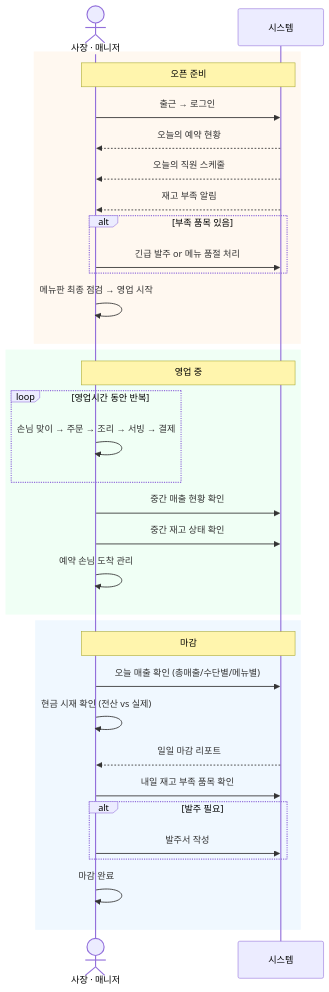
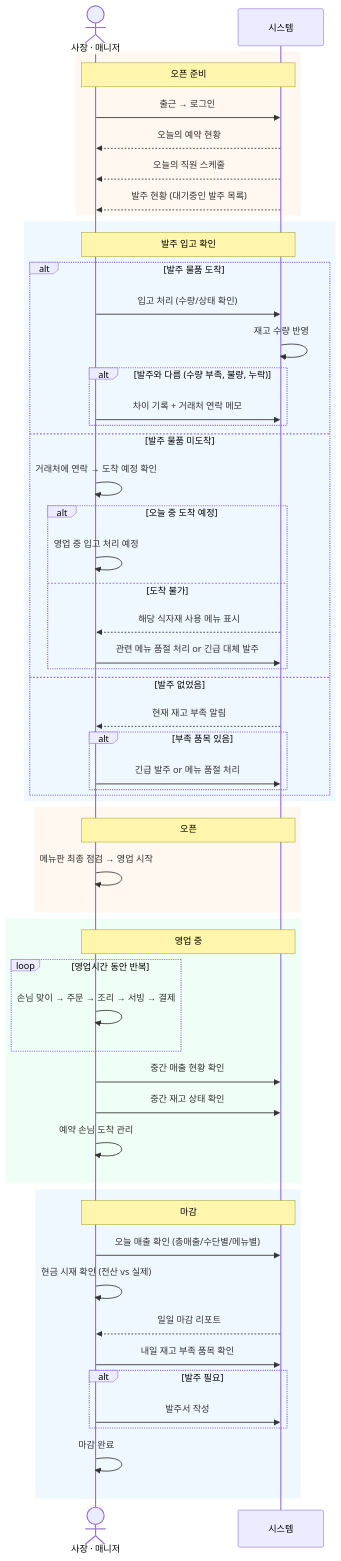
Before and after one commit to JangHyeonHo/ProjectSMS: the tenth of 12 diagrams in docs/08-workflow-diagrams.md, drawn with Mermaid. The commit also changed 1 other file, not shown here.

Commit message:
docs: add purchase order delivery confirmation flow
Add delivery receiving workflow for morning opening: arrival check with
mismatch handling, non-arrival with affected menu display, and no-order
fallback. Updates both inventory feature spec and daily operations diagram.

Claude-Session: https://claude.ai/code/session_01LMF9EHksrqDvV5KWNKKqwK

````diff
--- a/docs/08-workflow-diagrams.md
+++ b/docs/08-workflow-diagrams.md
@@ -417,39 +417,64 @@
 ```mermaid
 sequenceDiagram
     actor 사장 as 사장 · 매니저
     participant 시스템
 
     rect rgb(255, 248, 240)
         Note over 사장, 시스템: 오픈 준비
         사장->>시스템: 출근 → 로그인
         시스템-->>사장: 오늘의 예약 현황
         시스템-->>사장: 오늘의 직원 스케줄
-        시스템-->>사장: 재고 부족 알림
-        alt 부족 품목 있음
-            사장->>시스템: 긴급 발주 or 메뉴 품절 처리
+        시스템-->>사장: 발주 현황 (대기중인 발주 목록)
+    end
+
+    rect rgb(240, 248, 255)
+        Note over 사장, 시스템: 발주 입고 확인
+        alt 발주 물품 도착
+            사장->>시스템: 입고 처리 (수량/상태 확인)
+            시스템->>시스템: 재고 수량 반영
+            alt 발주와 다름 (수량 부족, 불량, 누락)
+                사장->>시스템: 차이 기록 + 거래처 연락 메모
+            end
+        else 발주 물품 미도착
+            사장->>사장: 거래처에 연락 → 도착 예정 확인
+            alt 오늘 중 도착 예정
+                사장->>사장: 영업 중 입고 처리 예정
+            else 도착 불가
+                시스템-->>사장: 해당 식자재 사용 메뉴 표시
+                사장->>시스템: 관련 메뉴 품절 처리 or 긴급 대체 발주
+            end
+        else 발주 없었음
+            시스템-->>사장: 현재 재고 부족 알림
+            alt 부족 품목 있음
+                사장->>시스템: 긴급 발주 or 메뉴 품절 처리
+            end
         end
+    end
+
+    rect rgb(255, 248, 240)
+        Note over 사장, 시스템: 오픈
         사장->>사장: 메뉴판 최종 점검 → 영업 시작
     end
 
     rect rgb(240, 255, 245)
         Note over 사장, 시스템: 영업 중
         loop 영업시간 동안 반복
             사장->>사장: 손님 맞이 → 주문 → 조리 → 서빙 → 결제
         end
         사장->>시스템: 중간 매출 현황 확인
         사장->>시스템: 중간 재고 상태 확인
         사장->>사장: 예약 손님 도착 관리
     end
 
     rect rgb(240, 248, 255)
         Note over 사장, 시스템: 마감
         사장->>시스템: 오늘 매출 확인 (총매출/수단별/메뉴별)
         사장->>사장: 현금 시재 확인 (전산 vs 실제)
         시스템-->>사장: 일일 마감 리포트
         사장->>시스템: 내일 재고 부족 품목 확인
         alt 발주 필요
             사장->>시스템: 발주서 작성
         end
         사장->>사장: 마감 완료
     end
 ```
````
